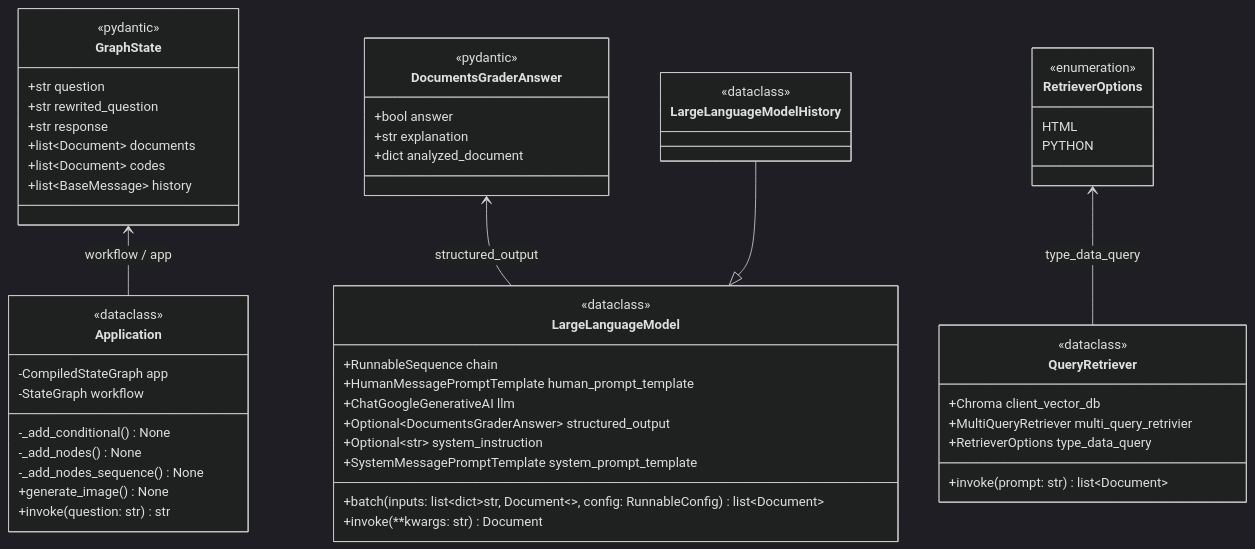
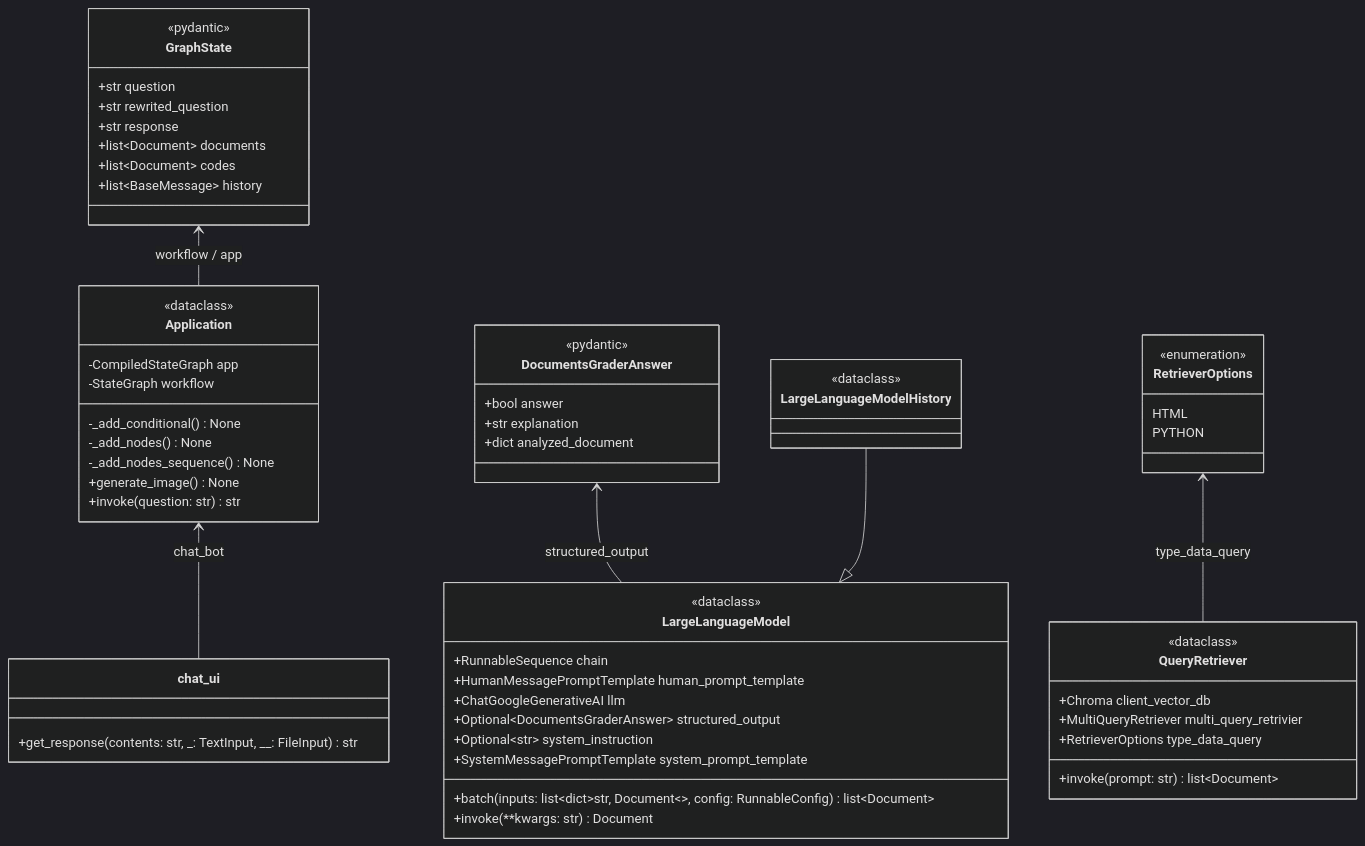
The diagram in README.md (rafaelpbaptista-cwb/chatbot_agent), drawn with Mermaid (dark theme) before and after one commit. The commit also changed other lines of this file, not shown here.

````diff
--- a/README.md
+++ b/README.md
@@ -113,67 +109,72 @@
 ```mermaid
 classDiagram
     direction BT
 
     class Application {
         <<dataclass>>
         -CompiledStateGraph app
         -StateGraph workflow
         -_add_conditional() None
         -_add_nodes() None
         -_add_nodes_sequence() None
         +generate_image() None
         +invoke(question: str) str
     }
 
     class DocumentsGraderAnswer {
         <<pydantic>>
         +bool answer
         +str explanation
         +dict analyzed_document
     }
 
     class GraphState {
         <<pydantic>>
         +str question
         +str rewrited_question
         +str response
         +list~Document~ documents
         +list~Document~ codes
         +list~BaseMessage~ history
     }
 
     class LargeLanguageModel {
         <<dataclass>>
         +RunnableSequence chain
         +HumanMessagePromptTemplate human_prompt_template
         +ChatGoogleGenerativeAI llm
         +Optional~DocumentsGraderAnswer~ structured_output
         +Optional~str~ system_instruction
         +SystemMessagePromptTemplate system_prompt_template
         +batch(inputs: list~dict~str, Document~~, config: RunnableConfig) list~Document~
         +invoke(**kwargs: str) Document
     }
 
     class LargeLanguageModelHistory {
         <<dataclass>>
     }
 
     class QueryRetriever {
         <<dataclass>>
         +Chroma client_vector_db
         +MultiQueryRetriever multi_query_retrivier
         +RetrieverOptions type_data_query
         +invoke(prompt: str) list~Document~
     }
 
     class RetrieverOptions {
         <<enumeration>>
         HTML
         PYTHON
     }
 
+    class chat_ui {
+        +get_response(contents: str, _: TextInput, __: FileInput) str
+    }
+
     Application --> GraphState : workflow / app
     LargeLanguageModel --> DocumentsGraderAnswer : structured_output
     LargeLanguageModel <|-- LargeLanguageModelHistory
     QueryRetriever --> RetrieverOptions : type_data_query
+    chat_ui --> Application : chat_bot
 ```
````
